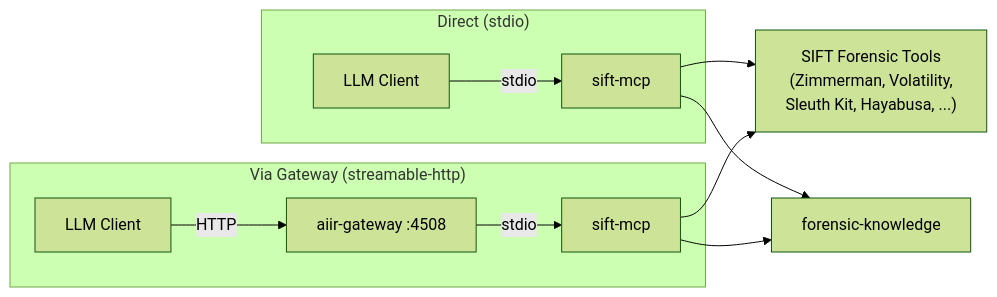
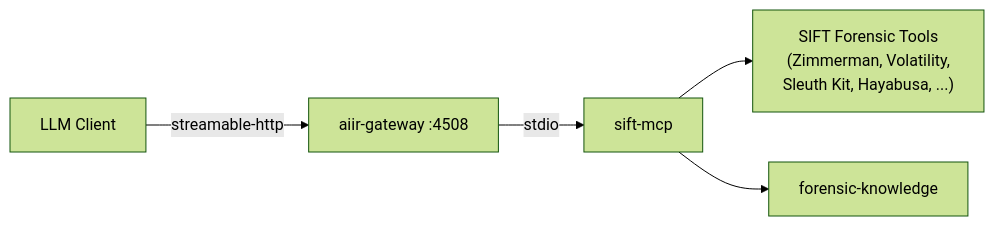
Before and after one commit to AppliedIR/sift-mcp: the second of 3 diagrams in README.md, drawn with Mermaid (forest theme). The commit also changed other lines of this file, not shown here.

Commit message:
fix diagrams: streamable-http only, no direct stdio from clients

````diff
--- a/README.md
+++ b/README.md
@@ -241,16 +243,7 @@
 ```mermaid
 graph LR
-    subgraph direct ["Direct (stdio)"]
-        C1[LLM Client] -->|stdio| SM1[sift-mcp]
-    end
-
-    subgraph gateway ["Via Gateway (streamable-http)"]
-        C2[LLM Client] -->|HTTP| GW[aiir-gateway :4508]
-        GW -->|stdio| SM2[sift-mcp]
-    end
-
-    SM1 --> TOOLS["SIFT Forensic Tools<br/>(Zimmerman, Volatility,<br/>Sleuth Kit, Hayabusa, ...)"]
-    SM2 --> TOOLS
-    SM1 --> FK[forensic-knowledge]
-    SM2 --> FK
+    C[LLM Client] -->|streamable-http| GW[aiir-gateway :4508]
+    GW -->|stdio| SM[sift-mcp]
+    SM --> TOOLS["SIFT Forensic Tools<br/>(Zimmerman, Volatility,<br/>Sleuth Kit, Hayabusa, ...)"]
+    SM --> FK[forensic-knowledge]
 ```
````
